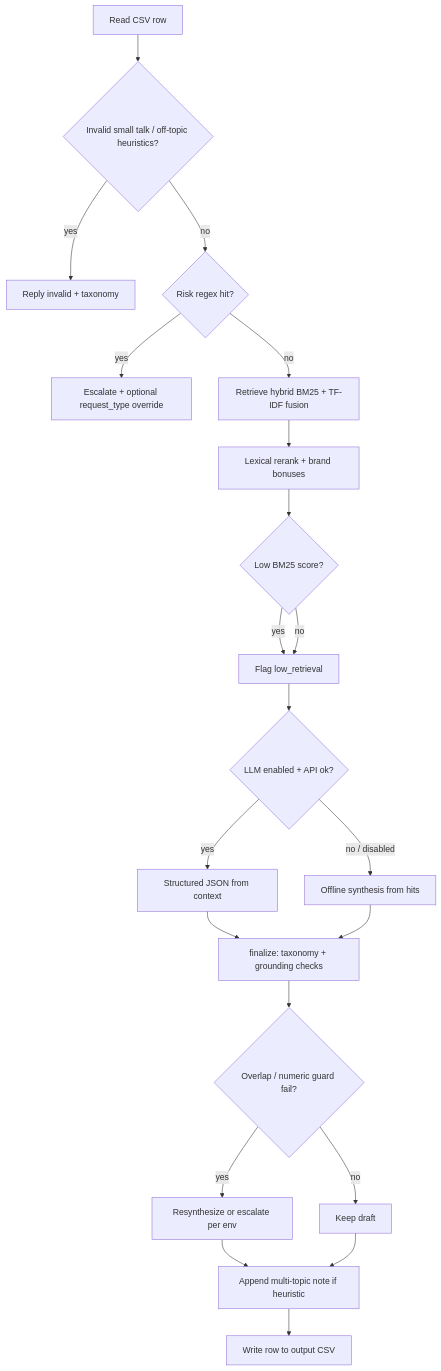
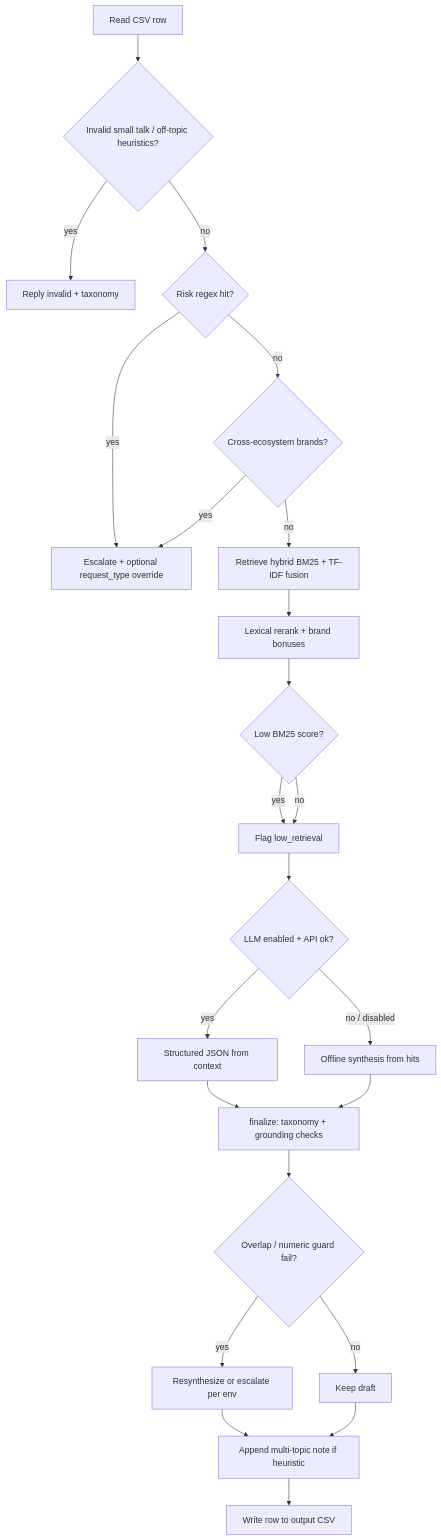
The diagram in docs/decisions.md (NITISH-R-G/Multi-Domain-Support-Triage), drawn with Mermaid before and after one commit. The commit also changed other lines of this file and 9 other files, not shown here.

Commit message:
feat: cross-ecosystem escalation, stronger risk rules, judge-facing docs

````diff
--- a/docs/decisions.md
+++ b/docs/decisions.md
@@ -7,23 +7,25 @@
 ```mermaid
 flowchart TD
   A[Read CSV row] --> B{Invalid small talk / off-topic heuristics?}
   B -->|yes| Z[Reply invalid + taxonomy]
   B -->|no| C{Risk regex hit?}
   C -->|yes| Y[Escalate + optional request_type override]
-  C -->|no| D[Retrieve hybrid BM25 + TF-IDF fusion]
+  C -->|no| CC{Cross-ecosystem brands?}
+  CC -->|yes| Y
+  CC -->|no| D[Retrieve hybrid BM25 + TF-IDF fusion]
   D --> E[Lexical rerank + brand bonuses]
   E --> F{Low BM25 score?}
   F -->|yes| G[Flag low_retrieval]
   F -->|no| G
   G --> H{LLM enabled + API ok?}
   H -->|no / disabled| I[Offline synthesis from hits]
   H -->|yes| J[Structured JSON from context]
   J --> K[finalize: taxonomy + grounding checks]
   I --> K
   K --> L{Overlap / numeric guard fail?}
   L -->|yes| M[Resynthesize or escalate per env]
   L -->|no| N[Keep draft]
   M --> O[Append multi-topic note if heuristic]
   N --> O
   O --> P[Write row to output CSV]
 ```
````
